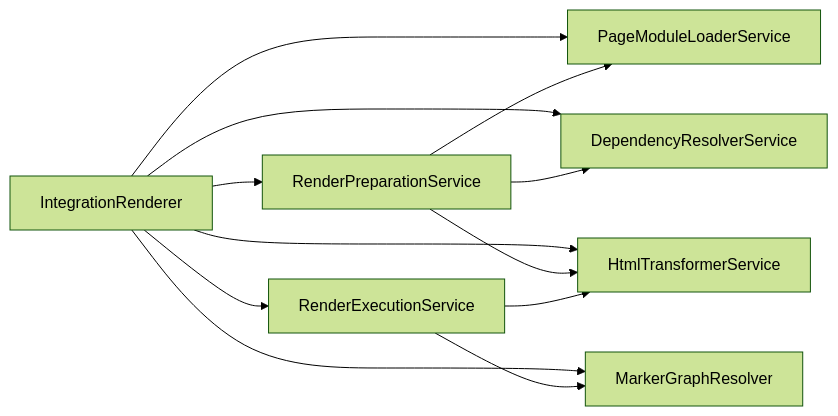
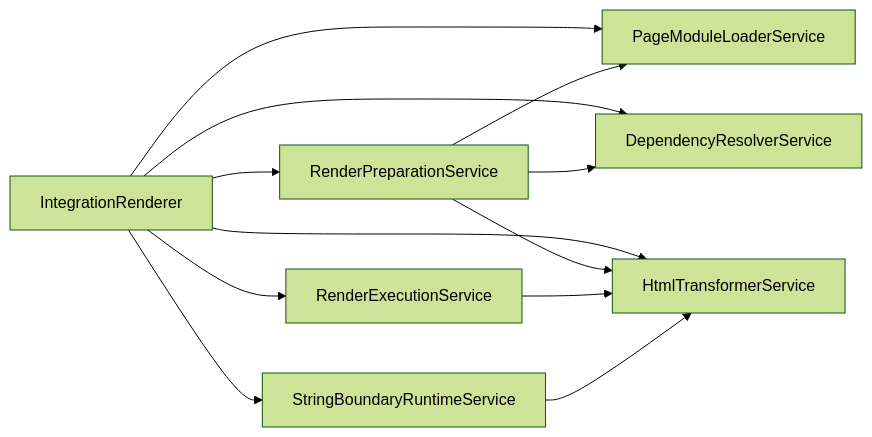
One commit to ecopages/ecopages changed the seventh of 11 diagrams in packages/core/src/route-renderer/GRAPH.md. Above: the diagram before and after it, drawn with Mermaid (forest theme). The commit also changed other lines of this file and 41 other files, not shown here.

````diff
--- a/packages/core/src/route-renderer/GRAPH.md
+++ b/packages/core/src/route-renderer/GRAPH.md
@@ -187,15 +181,15 @@
 ```mermaid
 flowchart LR
   A[IntegrationRenderer] --> B[RenderPreparationService]
   A --> C[RenderExecutionService]
-  A --> D[MarkerGraphResolver]
+  A --> D[StringBoundaryRuntimeService]
   A --> F[PageModuleLoaderService]
   A --> G[DependencyResolverService]
   A --> H[HtmlTransformerService]
 
   B --> F
   B --> G
   B --> H
-  C --> D
   C --> H
+  D --> H
 ```
````
